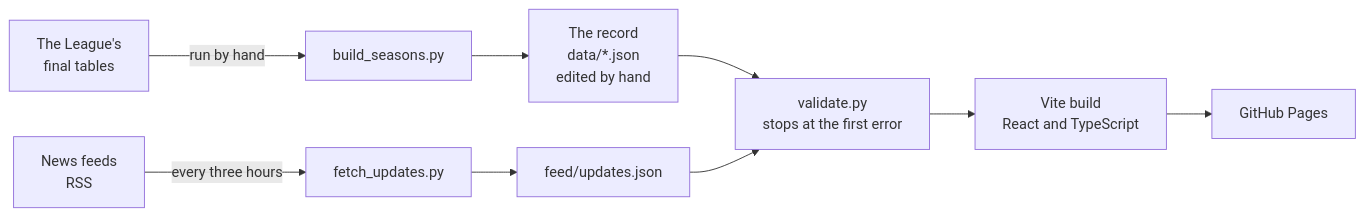
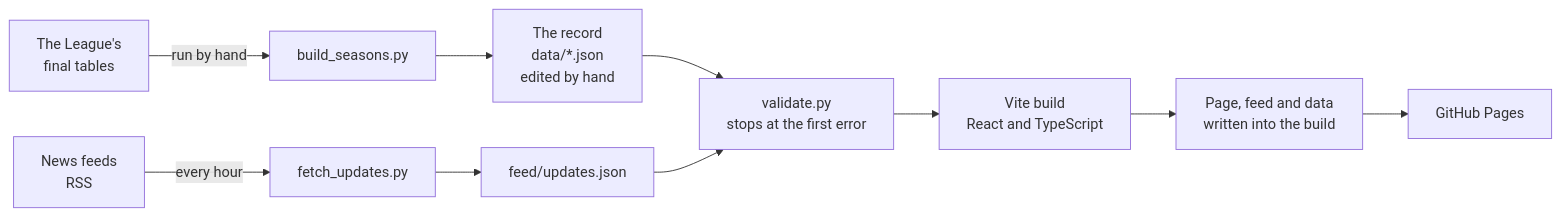
Before and after one commit to RowanFlynnPilot/mancity-charge-ledger: the diagram in README.md, drawn with Mermaid. The commit also changed other lines of this file and 1 other file, not shown here.

First line of the commit message:
Document the build, moved ids and what to do when the case moves

````diff
--- a/README.md
+++ b/README.md
@@ -49,7 +49,7 @@
 ```mermaid
 flowchart LR
   record["The record<br>data/*.json<br>edited by hand"] --> validate
-  feeds["News feeds<br>RSS"] -->|every three hours| fetch["fetch_updates.py"] --> coverage["feed/updates.json"] --> validate
+  feeds["News feeds<br>RSS"] -->|every hour| fetch["fetch_updates.py"] --> coverage["feed/updates.json"] --> validate
   tables["The League's<br>final tables"] -->|run by hand| seasons["build_seasons.py"] --> record
-  validate["validate.py<br>stops at the first error"] --> build["Vite build<br>React and TypeScript"] --> pages["GitHub Pages"]
+  validate["validate.py<br>stops at the first error"] --> build["Vite build<br>React and TypeScript"] --> static["Page, feed and data<br>written into the build"] --> pages["GitHub Pages"]
 ```
````
